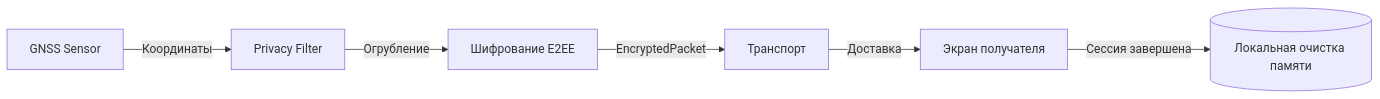
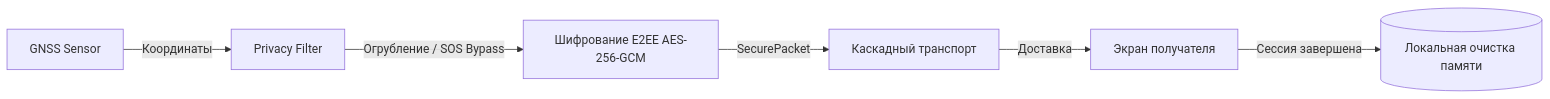
Before and after one commit to asakue/Treeline-Tracker: the diagram in docs/04-security/privacy.md, drawn with Mermaid. The commit also changed other lines of this file and 36 other files, not shown here.

````diff
--- a/docs/04-security/privacy.md
+++ b/docs/04-security/privacy.md
@@ -35,8 +50,8 @@
 ```mermaid
 flowchart LR
     A[GNSS Sensor] -->|Координаты| B[Privacy Filter]
-    B -->|Огрубление| C[Шифрование E2EE]
-    C -->|EncryptedPacket| D[Транспорт]
+    B -->|Огрубление / SOS Bypass| C[Шифрование E2EE AES-256-GCM]
+    C -->|SecurePacket| D[Каскадный транспорт]
     D -->|Доставка| E[Экран получателя]
     E -->|Сессия завершена| F[(Локальная очистка памяти)]
 ```
````
